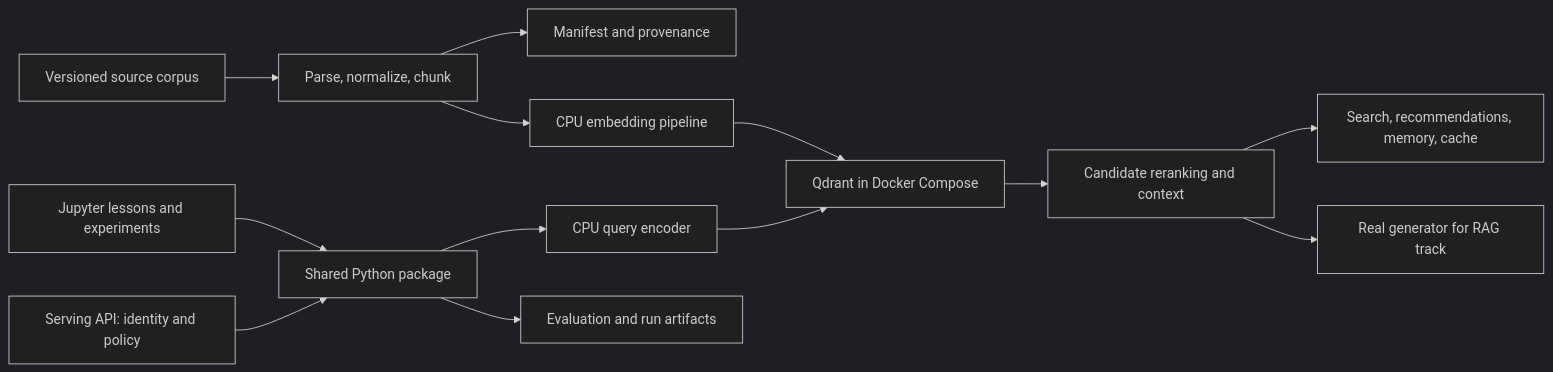
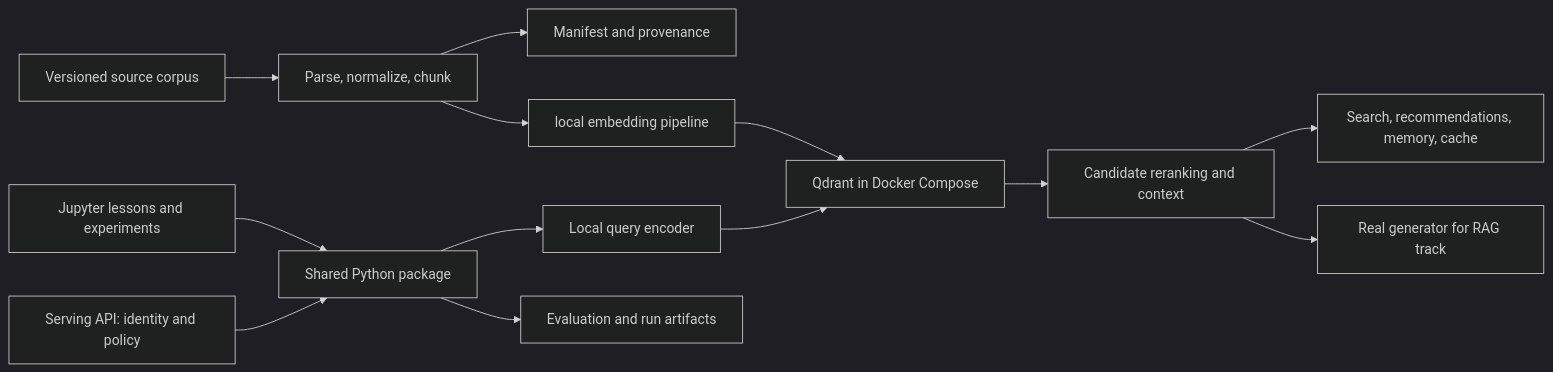
Before and after one commit to theRealMarkCastillo/vector-masterclass: the diagram in docs/CURRICULUM.md, drawn with Mermaid (dark theme). The commit also changed other lines of this file and 147 other files, not shown here.

````diff
--- a/docs/CURRICULUM.md
+++ b/docs/CURRICULUM.md
@@ -97,15 +97,15 @@
 ```mermaid
 flowchart LR
     S[Versioned source corpus] --> P[Parse, normalize, chunk]
     P --> M[Manifest and provenance]
-    P --> E[CPU embedding pipeline]
+    P --> E[local embedding pipeline]
     E --> Q[Qdrant in Docker Compose]
     N[Jupyter lessons and experiments] --> L[Shared Python package]
     A[Serving API: identity and policy] --> L
-    L --> QE[CPU query encoder]
+    L --> QE[Local query encoder]
     QE --> Q
     Q --> R[Candidate reranking and context]
     R --> D[Search, recommendations, memory, cache]
     R --> G[Real generator for RAG track]
     L --> V[Evaluation and run artifacts]
 ```
````
